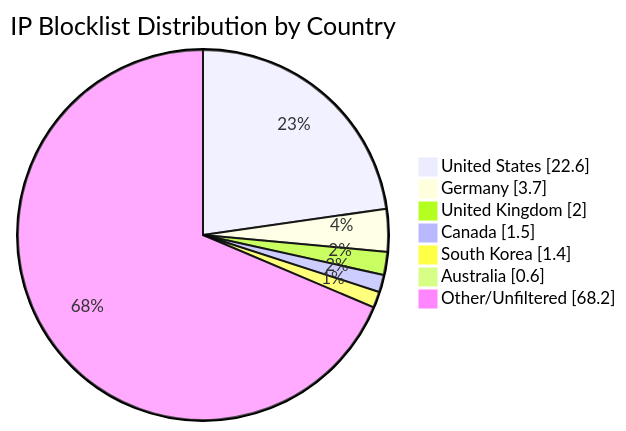
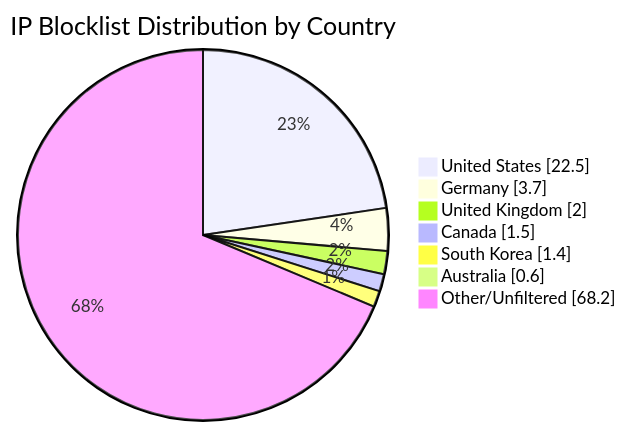
One commit to MarcusHoltz/ipblocklist-geofiltered-aggregator changed the diagram in README.md. Above: the diagram before and after it, drawn with Mermaid. The commit also changed other lines of this file and 9 other files, not shown here.

````diff
--- a/README.md
+++ b/README.md
@@ -34,10 +34,10 @@
 ```mermaid
 pie showData title IP Blocklist Distribution by Country
-"United States" : 22.6
+"United States" : 22.5
 "Germany" : 3.7
 "United Kingdom" : 2.0
 "Canada" : 1.5
 "South Korea" : 1.4
 "Australia" : 0.6
 "Other/Unfiltered" : 68.2
 ```
````
